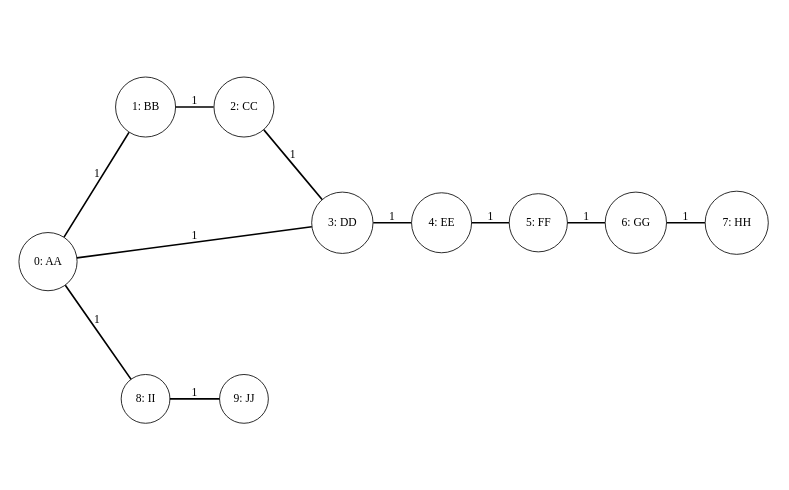
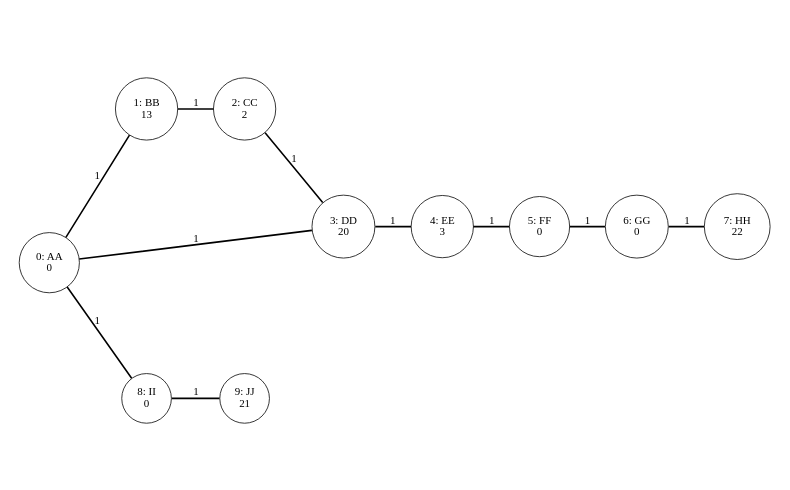
Before and after one commit to DouglasWebster/AdventOfCode: the diagram in 2022/day16/figs/test_graph.dot, drawn with Graphviz. The commit also changed 5 other files, not shown here.

```diff
--- a/2022/day16/figs/test_graph.dot
+++ b/2022/day16/figs/test_graph.dot
@@ -1,17 +1,37 @@
 digraph A {
   rankdir=LR
 size="5,3"
 ratio="fill"
 edge[style="bold"; arrowhead="none"]
 node[shape="circle"]
-"0: AA" -> "1: BB"[label=1]
-"0: AA" -> "3: DD"[label=1]
-"0: AA" -> "8: II"[label=1]
-"1: BB" -> "2: CC"[label=1]
-"2: CC" -> "3: DD"[label=1]
-"3: DD" -> "4: EE"[label=1]
-"4: EE" -> "5: FF"[label=1]
-"5: FF" -> "6: GG"[label=1]
-"6: GG" -> "7: HH"[label=1]
-"8: II" -> "9: JJ"[label=1]
+"0: AA
+0" -> "1: BB
+13"[label=1]
+"0: AA
+0" -> "3: DD
+20"[label=1]
+"0: AA
+0" -> "8: II
+0"[label=1]
+"1: BB
+13" -> "2: CC
+2"[label=1]
+"2: CC
+2" -> "3: DD
+20"[label=1]
+"3: DD
+20" -> "4: EE
+3"[label=1]
+"4: EE
+3" -> "5: FF
+0"[label=1]
+"5: FF
+0" -> "6: GG
+0"[label=1]
+"6: GG
+0" -> "7: HH
+22"[label=1]
+"8: II
+0" -> "9: JJ
+21"[label=1]
 }
```
